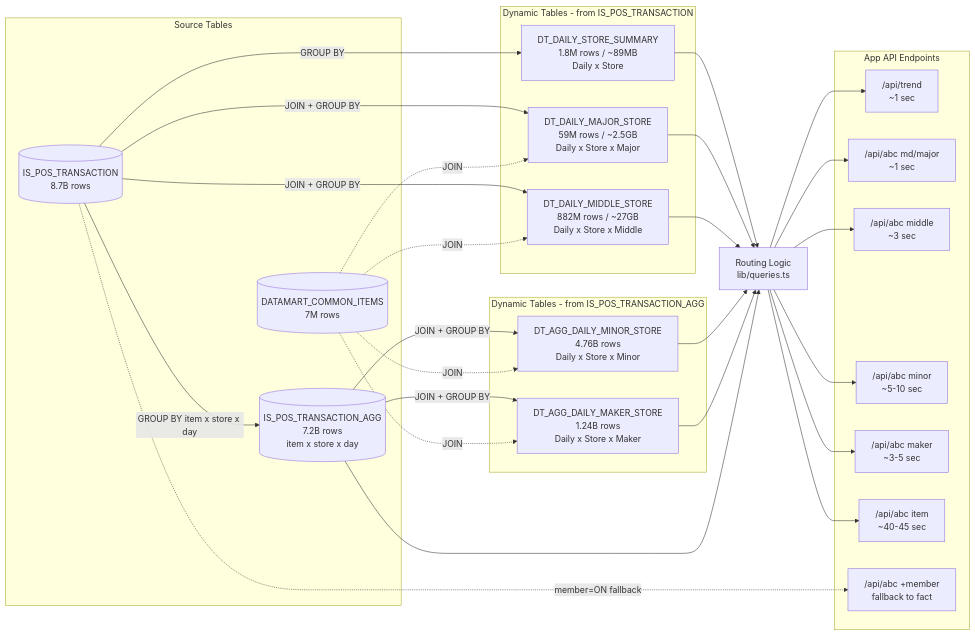
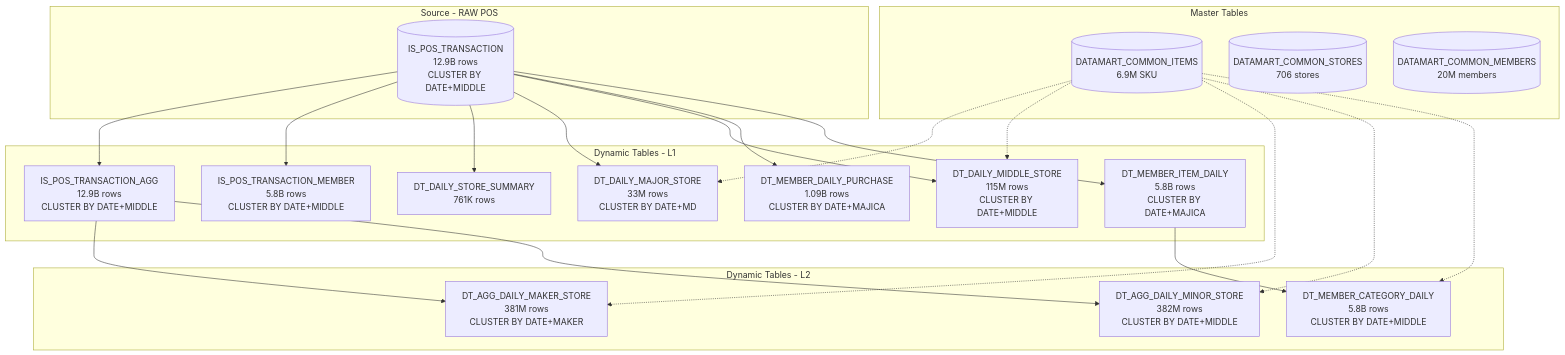
Before and after one commit to hwatari-snow/datacompass_pro: the diagram in docs/data-summary.md, drawn with Mermaid. The commit also changed other lines of this file and 24 other files, not shown here.

````diff
--- a/docs/data-summary.md
+++ b/docs/data-summary.md
@@ -256,58 +18,44 @@
 ```mermaid
-flowchart LR
-    subgraph src [Source Tables]
-        FACT[(IS_POS_TRANSACTION\n8.7B rows)]
-        ITEMS[(DATAMART_COMMON_ITEMS\n7M rows)]
-        FACTAGG[(IS_POS_TRANSACTION_AGG\n7.2B rows\nitem x store x day)]
+flowchart TD
+    subgraph master [Master Tables]
+        ITEMS[(DATAMART_COMMON_ITEMS\n6.9M SKU)]
+        STORES[(DATAMART_COMMON_STORES\n706 stores)]
+        MEMBERS[(DATAMART_COMMON_MEMBERS\n20M members)]
     end
 
-    subgraph dt [Dynamic Tables - from IS_POS_TRANSACTION]
-        DT_STORE[DT_DAILY_STORE_SUMMARY\n1.8M rows / ~89MB\nDaily x Store]
-        DT_MAJOR[DT_DAILY_MAJOR_STORE\n59M rows / ~2.5GB\nDaily x Store x Major]
-        DT_MIDDLE[DT_DAILY_MIDDLE_STORE\n882M rows / ~27GB\nDaily x Store x Middle]
+    subgraph raw [Source - RAW POS]
+        FACT[(IS_POS_TRANSACTION\n12.9B rows\nCLUSTER BY DATE+MIDDLE)]
     end
 
-    subgraph dtAgg [Dynamic Tables - from IS_POS_TRANSACTION_AGG]
-        DT_AGG_MINOR[DT_AGG_DAILY_MINOR_STORE\n4.76B rows\nDaily x Store x Minor]
-        DT_AGG_MAKER[DT_AGG_DAILY_MAKER_STORE\n1.24B rows\nDaily x Store x Maker]
+    subgraph dtL1 [Dynamic Tables - L1]
+        AGG[IS_POS_TRANSACTION_AGG\n12.9B rows\nCLUSTER BY DATE+MIDDLE]
+        MEMBER_RAW[IS_POS_TRANSACTION_MEMBER\n5.8B rows\nCLUSTER BY DATE+MIDDLE]
+        DT_STORE[DT_DAILY_STORE_SUMMARY\n761K rows]
+        DT_MAJOR[DT_DAILY_MAJOR_STORE\n33M rows\nCLUSTER BY DATE+MD]
+        DT_MIDDLE[DT_DAILY_MIDDLE_STORE\n115M rows\nCLUSTER BY DATE+MIDDLE]
+        DT_MDP[DT_MEMBER_DAILY_PURCHASE\n1.09B rows\nCLUSTER BY DATE+MAJICA]
+        DT_MID[DT_MEMBER_ITEM_DAILY\n5.8B rows\nCLUSTER BY DATE+MAJICA]
     end
 
-    ROUTING[Routing Logic\nlib/queries.ts]
-
-    subgraph app [App API Endpoints]
-        API_TREND["/api/trend\n~1 sec"]
-        API_MD["/api/abc md/major\n~1 sec"]
-        API_MID["/api/abc middle\n~3 sec"]
-        API_MINOR["/api/abc minor\n~5-10 sec"]
-        API_MAKER["/api/abc maker\n~3-5 sec"]
-        API_ITEM["/api/abc item\n~40-45 sec"]
-        API_MEMBER["/api/abc +member\nfallback to fact"]
+    subgraph dtL2 [Dynamic Tables - L2]
+        DT_MAKER[DT_AGG_DAILY_MAKER_STORE\n381M rows\nCLUSTER BY DATE+MAKER]
+        DT_MINOR[DT_AGG_DAILY_MINOR_STORE\n382M rows\nCLUSTER BY DATE+MIDDLE]
+        DT_MCAT[DT_MEMBER_CATEGORY_DAILY\n5.8B rows\nCLUSTER BY DATE+MIDDLE]
     end
 
-    FACT -->|GROUP BY| DT_STORE
-    FACT -->|JOIN + GROUP BY| DT_MAJOR
-    FACT -->|JOIN + GROUP BY| DT_MIDDLE
-    FACT -->|"GROUP BY item x store x day"| FACTAGG
-    FACTAGG -->|JOIN + GROUP BY| DT_AGG_MINOR
-    FACTAGG -->|JOIN + GROUP BY| DT_AGG_MAKER
-    ITEMS -.->|JOIN| DT_MAJOR
-    ITEMS -.->|JOIN| DT_MIDDLE
-    ITEMS -.->|JOIN| DT_AGG_MINOR
-    ITEMS -.->|JOIN| DT_AGG_MAKER
-
-    DT_STORE --> ROUTING
-    DT_MAJOR --> ROUTING
-    DT_MIDDLE --> ROUTING
-    DT_AGG_MINOR --> ROUTING
-    DT_AGG_MAKER --> ROUTING
-    FACTAGG --> ROUTING
-
-    ROUTING --> API_TREND
-    ROUTING --> API_MD
-    ROUTING --> API_MID
-    ROUTING --> API_MINOR
-    ROUTING --> API_MAKER
-    ROUTING --> API_ITEM
-
-    FACT -.->|"member=ON fallback"| API_MEMBER
+    FACT --> AGG
+    FACT --> MEMBER_RAW
+    FACT --> DT_STORE
+    FACT --> DT_MAJOR
+    FACT --> DT_MIDDLE
+    FACT --> DT_MDP
+    FACT --> DT_MID
+    AGG --> DT_MAKER
+    AGG --> DT_MINOR
+    DT_MID --> DT_MCAT
+    ITEMS -.-> DT_MAJOR
+    ITEMS -.-> DT_MIDDLE
+    ITEMS -.-> DT_MAKER
+    ITEMS -.-> DT_MINOR
+    ITEMS -.-> DT_MCAT
 ```
````
